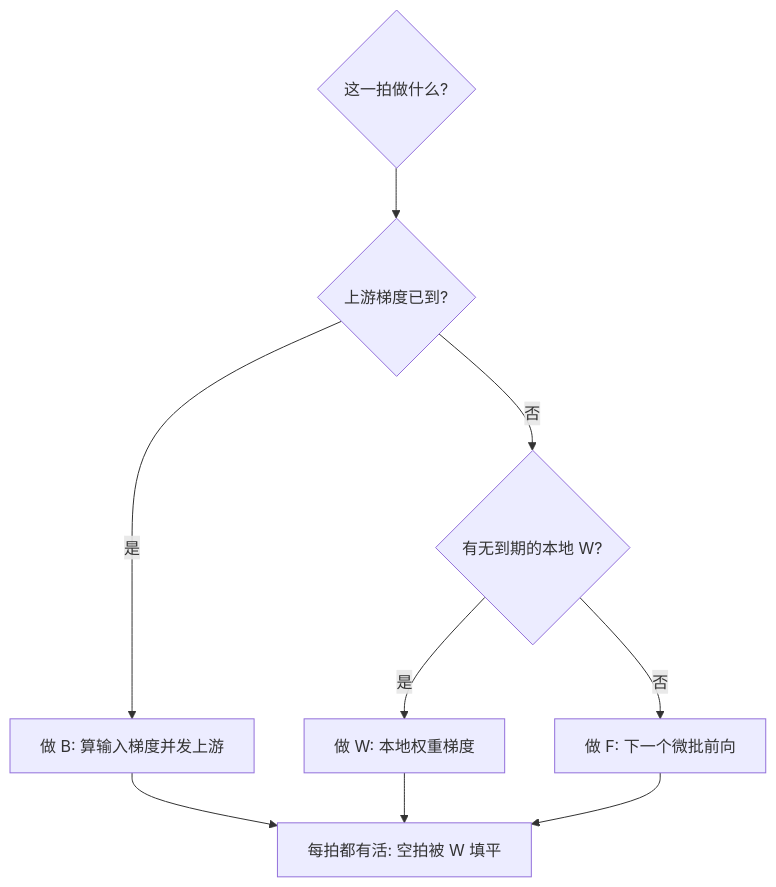
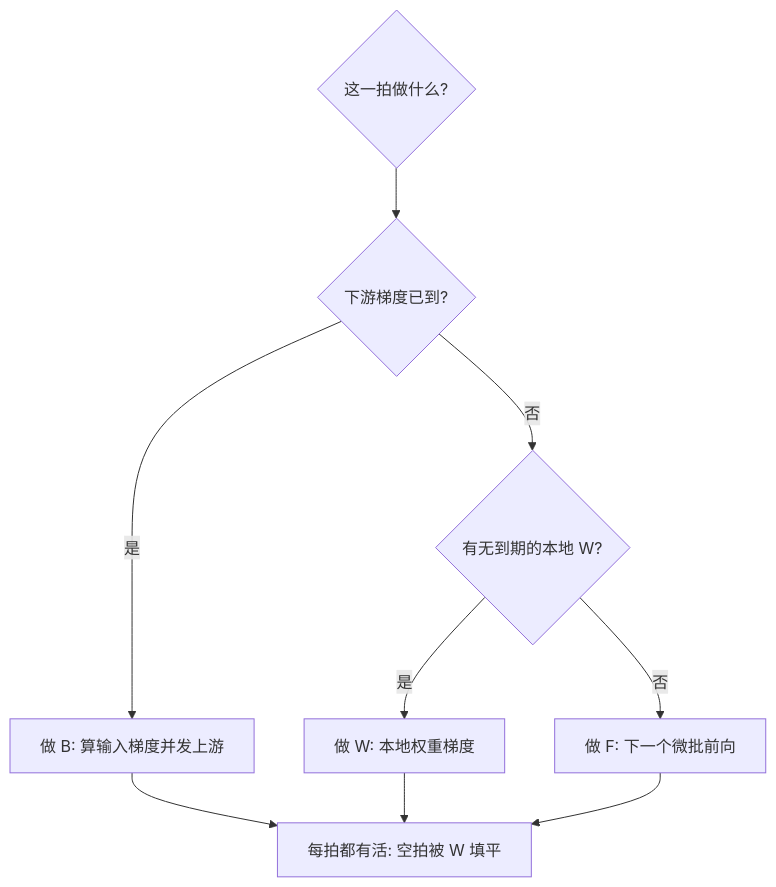
The first of 2 diagrams in docs/llm/zero-bubble-pipeline.md (xhongduo-tech/xhongduo-tech.github.io), drawn with Mermaid before and after one commit. The commit also changed 2 other files, not shown here.

Commit message:
Checkpoint partial review llm-021/022 fixes: cross-references and bubble-gradient direction.

````diff
--- a/docs/llm/zero-bubble-pipeline.md
+++ b/docs/llm/zero-bubble-pipeline.md
@@ -34,11 +34,11 @@
 ```mermaid
 flowchart TD
-  T{"这一拍做什么?"} --> C1{"上游梯度已到?"}
+  T{"这一拍做什么?"} --> C1{"下游梯度已到?"}
   C1 -->|"是"| B["做 B: 算输入梯度并发上游"]
   C1 -->|"否"| C2{"有无到期的本地 W?"}
   C2 -->|"是"| W["做 W: 本地权重梯度"]
   C2 -->|"否"| F["做 F: 下一个微批前向"]
   B --> FULL["每拍都有活: 空拍被 W 填平"]
   W --> FULL
   F --> FULL
 ```
````
